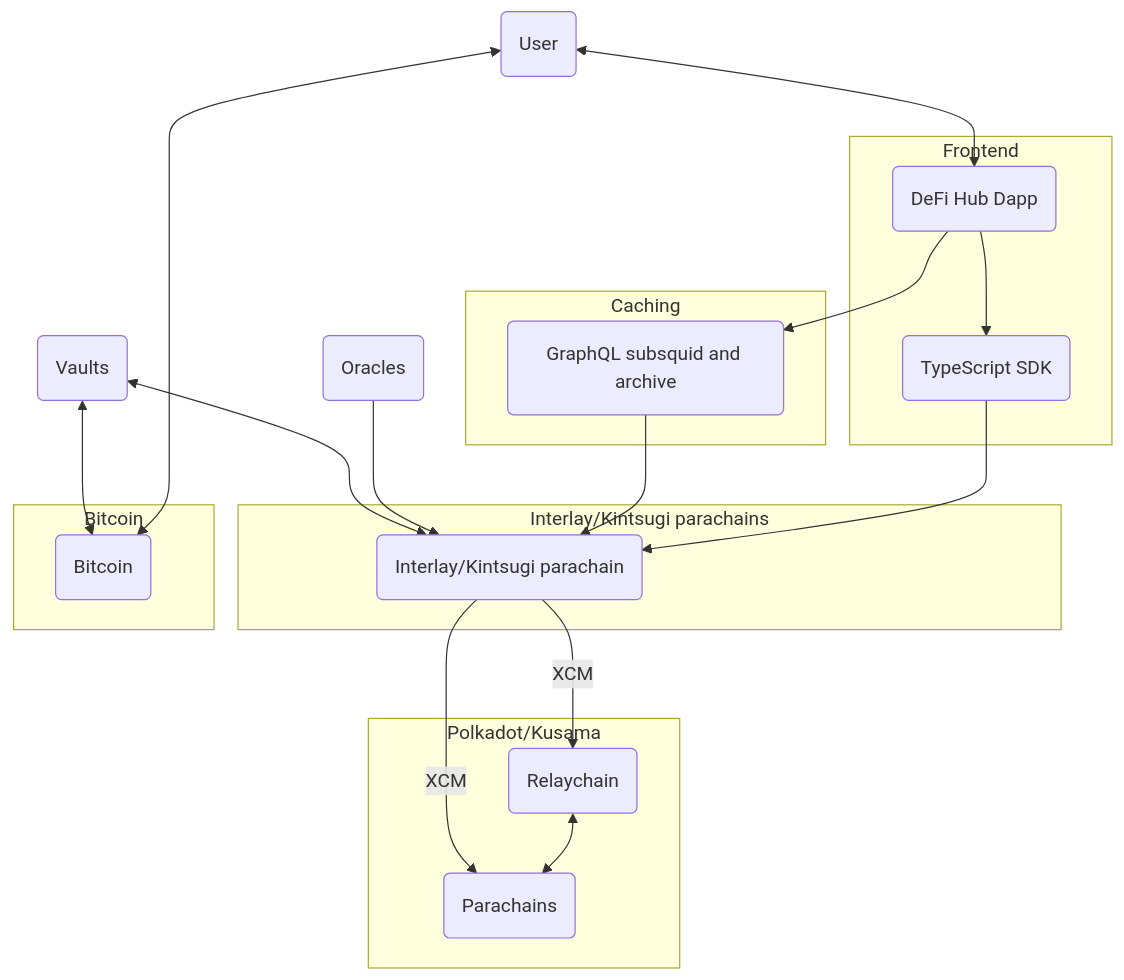
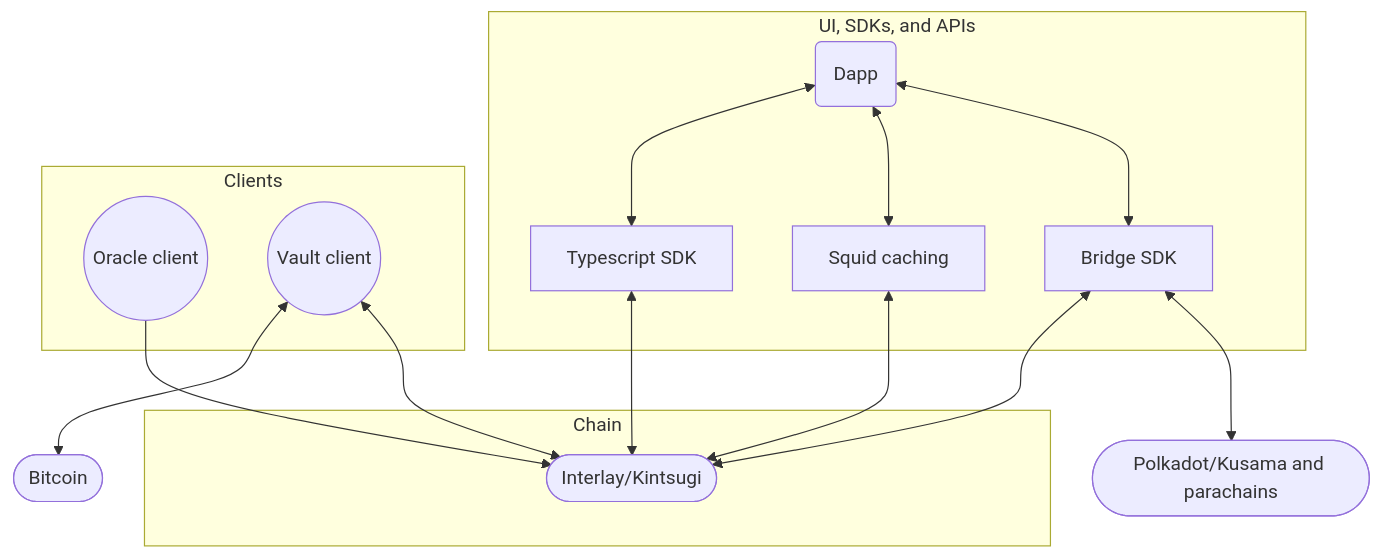
Before and after one commit to interlay/interlay.github.io: the second of 3 diagrams in docs/developers/overview.md, drawn with Mermaid. The commit also changed other lines of this file and 2 other files, not shown here.

````diff
--- a/docs/developers/overview.md
+++ b/docs/developers/overview.md
@@ -27,32 +76,32 @@
 ```mermaid
 flowchart TB
-  user(User)<-->dapp
-  vault(Vaults)<-->bitcoin(Bitcoin)
+  dapp(Dapp)<-->bridge[Bridge SDK]
+  bridge<-->dotsama(["Polkadot/Kusama and parachains"])
+  bridge<-->chain
+  dapp<-->squid[Squid caching]
+  dapp<-->lib[Typescript SDK]
+  squid<-->chain(["Interlay/Kintsugi"])
+  lib<-->chain
+  oracle((Oracle client))-->chain
   vault<-->chain
-  user<-->bitcoin
-  oracle(Oracles)-->chain
-  subgraph Frontend
-  dapp(DeFi Hub Dapp)-->lib(TypeScript SDK)
+  vault((Vault client))<-->bitcoin([Bitcoin])
+  subgraph "UI, SDKs, and APIs"
+  dapp
+  squid
+  lib
+  bridge
   end
-  subgraph Caching
-  dapp-->squid(GraphQL subsquid and archive)
+  subgraph Clients
+  oracle
+  vault
   end
-  subgraph "Interlay/Kintsugi parachains"
-  squid-->chain("Interlay/Kintsugi parachain")
-  lib-->chain
-  end
-  subgraph "Polkadot/Kusama"
-  chain--XCM-->relaychain(Relaychain)
-  chain--XCM-->parachains(Parachains)
-  relaychain<-->parachains
-  end
-  subgraph Bitcoin
-  bitcoin
+  subgraph Chain
+  chain
   end
   click dapp "https://github.com/interlay/interbtc-ui/" "Go to https://github.com/interlay/interbtc-ui/"
   click lib "https://github.com/interlay/interbtc-api/" "Go to https://github.com/interlay/interbtc-api/"
   click squid "https://github.com/interlay/interbtc-squid/" "Go to https://github.com/interlay/interbtc-squid/"
   click chain "https://github.com/interlay/interbtc/" "Go to https://github.com/interlay/interbtc/"
   click vault "https://github.com/interlay/interbtc-clients/" "Go to https://github.com/interlay/interbtc-clients/"
-  click vault "https://github.com/interlay/interbtc-ui/" "Go to https://github.com/interlay/interbtc-ui/"
+  click oracle "https://github.com/interlay/interbtc-clients/" "Go to https://github.com/interlay/interbtc-clients/"
 ```
````
